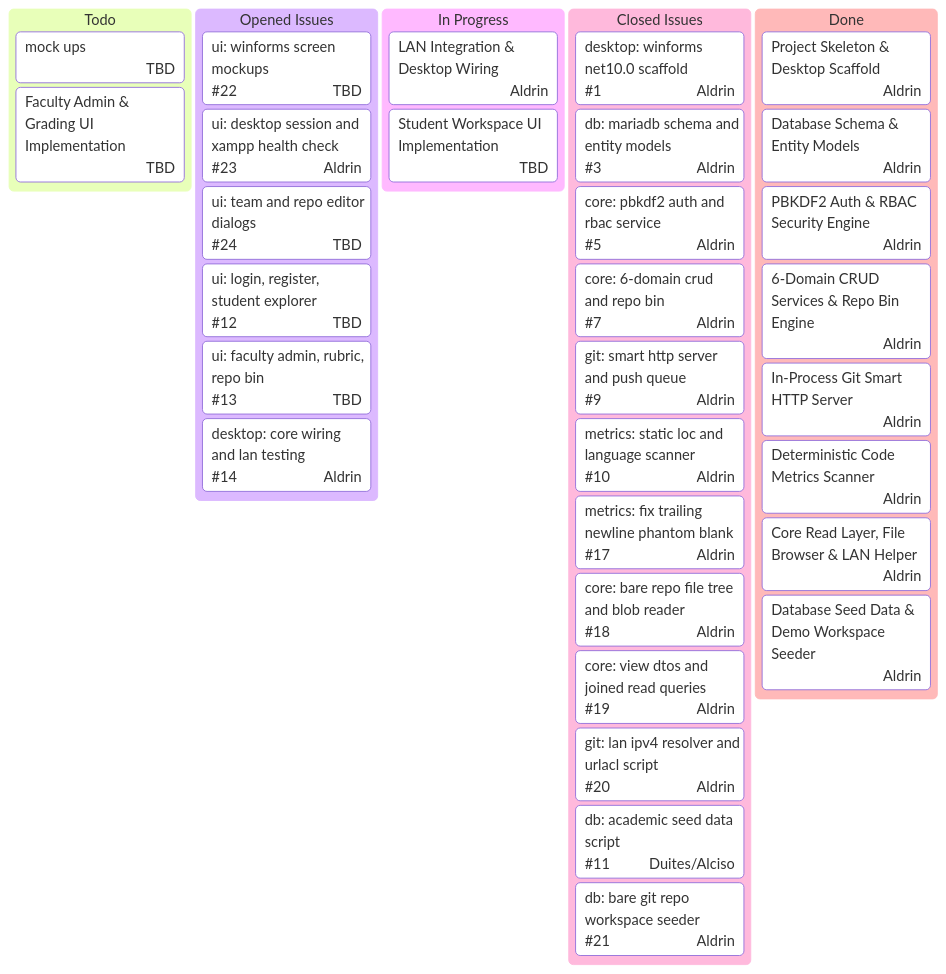
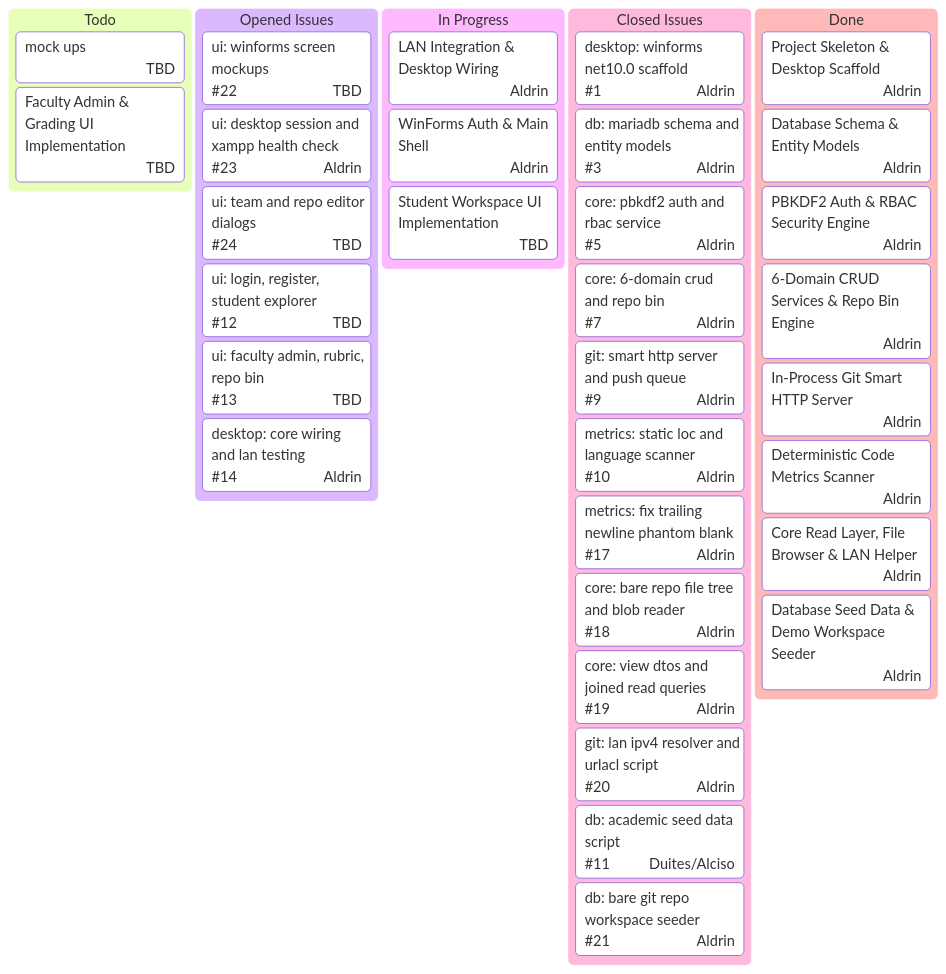
One commit to frtzhahn/repo-vault changed the diagram in README.md. Above: the diagram before and after it, drawn with Mermaid.

Commit message:
docs(kanban): update board for m6 phase 1

````diff
--- a/README.md
+++ b/README.md
@@ -34,39 +34,40 @@
 ```mermaid
 kanban
   [Todo]
     [mock ups]@{ assigned: 'TBD' }
     [Faculty Admin & Grading UI Implementation]@{ assigned: 'TBD' }
   [Opened Issues]
     [ui: winforms screen mockups]@{ assigned: 'TBD', ticket: '#22' }
     [ui: desktop session and xampp health check]@{ assigned: 'Aldrin', ticket: '#23' }
     [ui: team and repo editor dialogs]@{ assigned: 'TBD', ticket: '#24' }
     [ui: login, register, student explorer]@{ assigned: 'TBD', ticket: '#12' }
     [ui: faculty admin, rubric, repo bin]@{ assigned: 'TBD', ticket: '#13' }
     [desktop: core wiring and lan testing]@{ assigned: 'Aldrin', ticket: '#14' }
   [In Progress]
     [LAN Integration & Desktop Wiring]@{ assigned: 'Aldrin' }
+    [WinForms Auth & Main Shell]@{ assigned: 'Aldrin' }
     [Student Workspace UI Implementation]@{ assigned: 'TBD' }
   [Closed Issues]
     [desktop: winforms net10.0 scaffold]@{ assigned: 'Aldrin', ticket: '#1' }
     [db: mariadb schema and entity models]@{ assigned: 'Aldrin', ticket: '#3' }
     [core: pbkdf2 auth and rbac service]@{ assigned: 'Aldrin', ticket: '#5' }
     [core: 6-domain crud and repo bin]@{ assigned: 'Aldrin', ticket: '#7' }
     [git: smart http server and push queue]@{ assigned: 'Aldrin', ticket: '#9' }
     [metrics: static loc and language scanner]@{ assigned: 'Aldrin', ticket: '#10' }
     [metrics: fix trailing newline phantom blank]@{ assigned: 'Aldrin', ticket: '#17' }
     [core: bare repo file tree and blob reader]@{ assigned: 'Aldrin', ticket: '#18' }
     [core: view dtos and joined read queries]@{ assigned: 'Aldrin', ticket: '#19' }
     [git: lan ipv4 resolver and urlacl script]@{ assigned: 'Aldrin', ticket: '#20' }
     [db: academic seed data script]@{ assigned: 'Duites/Alciso', ticket: '#11' }
     [db: bare git repo workspace seeder]@{ assigned: 'Aldrin', ticket: '#21' }
   [Done]
     [Project Skeleton & Desktop Scaffold]@{ assigned: 'Aldrin' }
     [Database Schema & Entity Models]@{ assigned: 'Aldrin' }
     [PBKDF2 Auth & RBAC Security Engine]@{ assigned: 'Aldrin' }
     [6-Domain CRUD Services & Repo Bin Engine]@{ assigned: 'Aldrin' }
     [In-Process Git Smart HTTP Server]@{ assigned: 'Aldrin' }
     [Deterministic Code Metrics Scanner]@{ assigned: 'Aldrin' }
     [Core Read Layer, File Browser & LAN Helper]@{ assigned: 'Aldrin' }
     [Database Seed Data & Demo Workspace Seeder]@{ assigned: 'Aldrin' }
 
 ```
````
